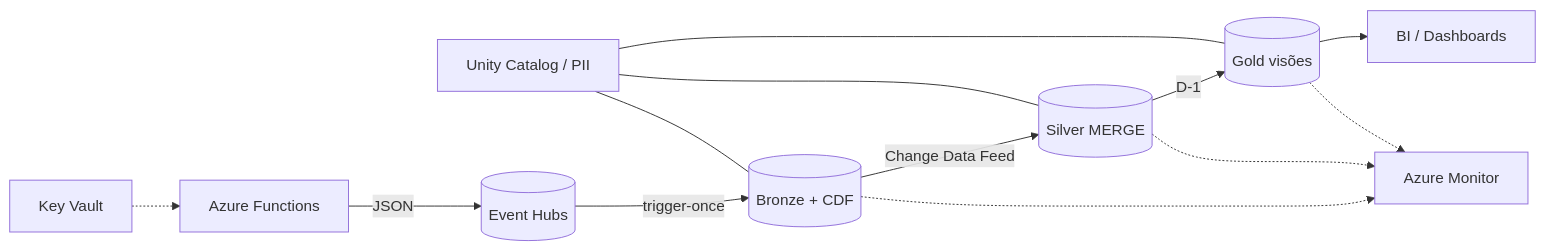
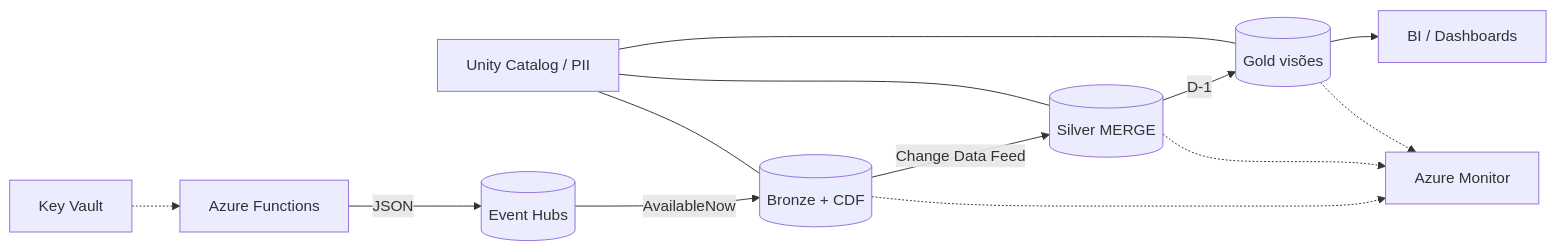
Before and after one commit to OrigCris/data_master: the diagram in README.md, drawn with Mermaid. The commit also changed 6 other files, not shown here.

First line of the commit message:
docs: remove referência remanescente e padroniza terminologia (AvailableNow)

````diff
--- a/README.md
+++ b/README.md
@@ -29,11 +29,11 @@
 ```mermaid
 flowchart LR
     FN[Azure Functions] -->|JSON| EH[(Event Hubs)]
-    EH -->|trigger-once| B[(Bronze + CDF)]
+    EH -->|AvailableNow| B[(Bronze + CDF)]
     B -->|Change Data Feed| S[(Silver MERGE)]
     S -->|D-1| G[(Gold visões)]
     G --> BI[BI / Dashboards]
     KV[Key Vault] -.-> FN
     UC[Unity Catalog / PII] --- B & S & G
     B & S & G -.-> MON[Azure Monitor]
 ```
````
